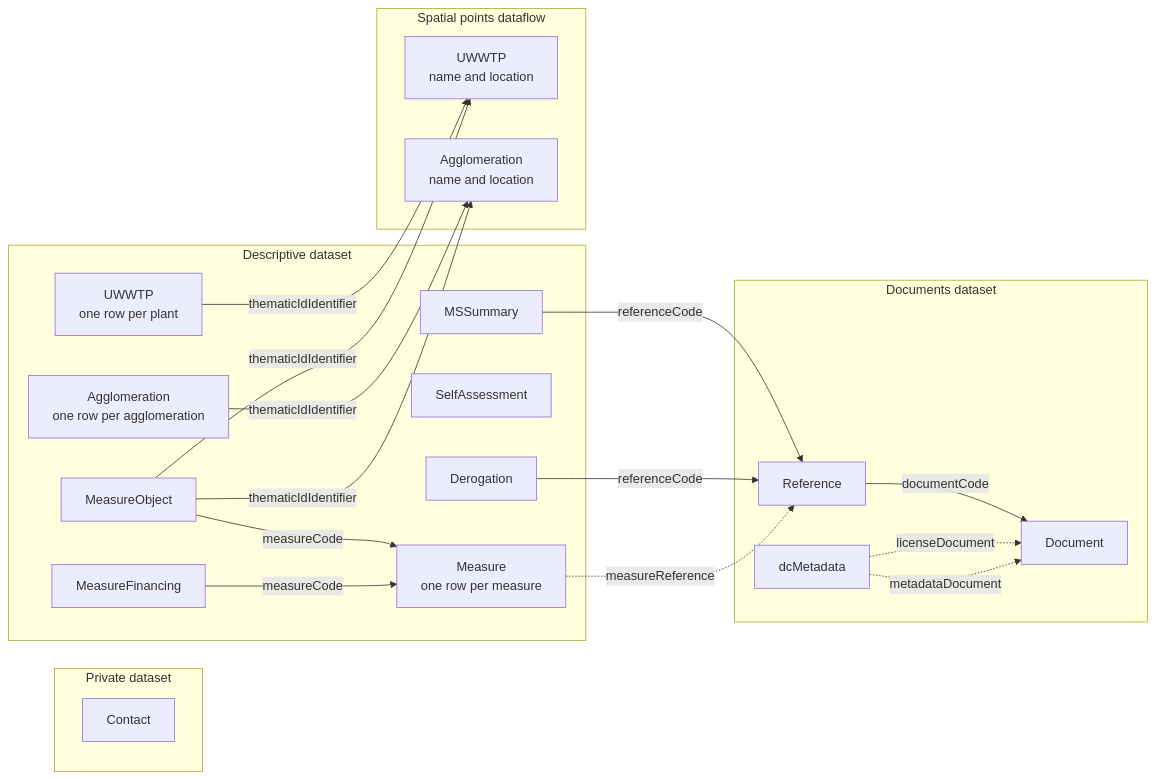
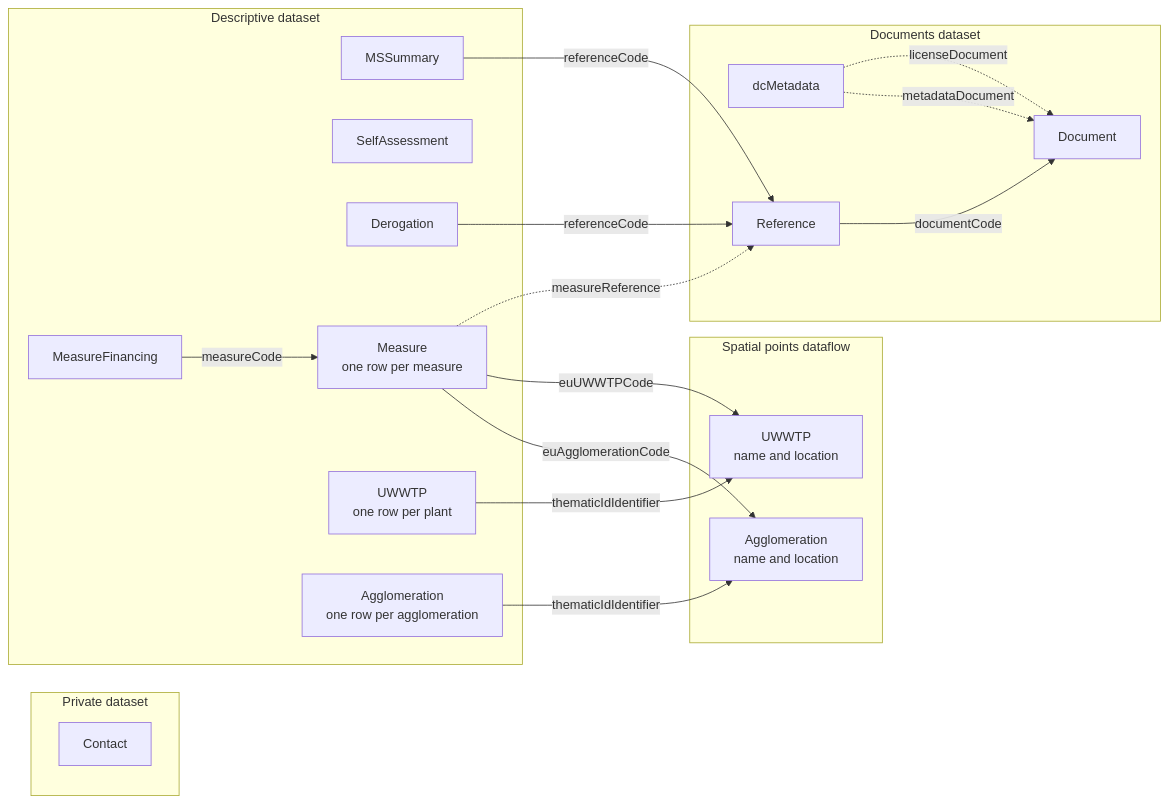
Before and after one commit to eeadata/WISE.UWWTD.Documentation: the diagram in docs/rUWWTD2024/Article23/DataModel.md, drawn with Mermaid. The commit also changed other lines of this file and 16 other files, not shown here.

````diff
--- a/docs/rUWWTD2024/Article23/DataModel.md
+++ b/docs/rUWWTD2024/Article23/DataModel.md
@@ -13,37 +13,35 @@
 ```{mermaid}
 flowchart LR
   subgraph private["Private dataset"]
     Contact
   end
   subgraph descriptive["Descriptive dataset"]
     MSSummary
     SelfAssessment
     Derogation
     Measure["Measure<br/>one row per measure"]
-    MeasureObject
     MeasureFinancing
     UWWTP["UWWTP<br/>one row per plant"]
     Agglomeration["Agglomeration<br/>one row per agglomeration"]
   end
   subgraph documents["Documents dataset"]
     dcMetadata
     Reference
     Document
   end
   MSSummary -- "referenceCode" --> Reference
   Derogation -- "referenceCode" --> Reference
   Measure -. "measureReference" .-> Reference
-  MeasureObject -- "measureCode" --> Measure
   MeasureFinancing -- "measureCode" --> Measure
   Reference -- "documentCode" --> Document
   dcMetadata -. "licenseDocument" .-> Document
   dcMetadata -. "metadataDocument" .-> Document
   subgraph spatial["Spatial points dataflow"]
     SpUWWTP["UWWTP<br/>name and location"]
     SpAgglomeration["Agglomeration<br/>name and location"]
   end
   UWWTP -- "thematicIdIdentifier" --> SpUWWTP
   Agglomeration -- "thematicIdIdentifier" --> SpAgglomeration
-  MeasureObject -- "thematicIdIdentifier" --> SpUWWTP
-  MeasureObject -- "thematicIdIdentifier" --> SpAgglomeration
+  Measure -- "euUWWTPCode" --> SpUWWTP
+  Measure -- "euAgglomerationCode" --> SpAgglomeration
 ```
````
